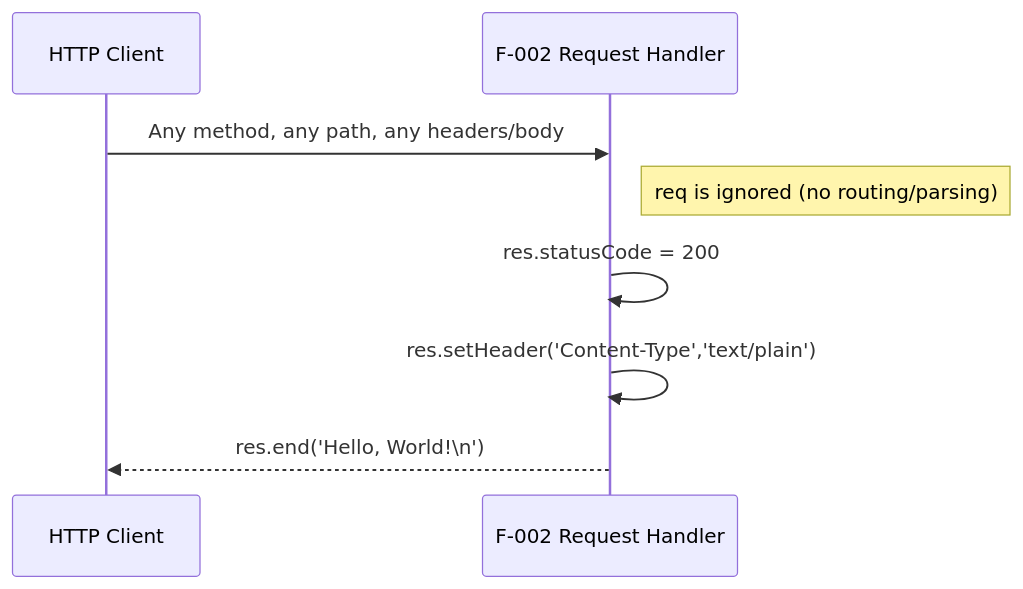
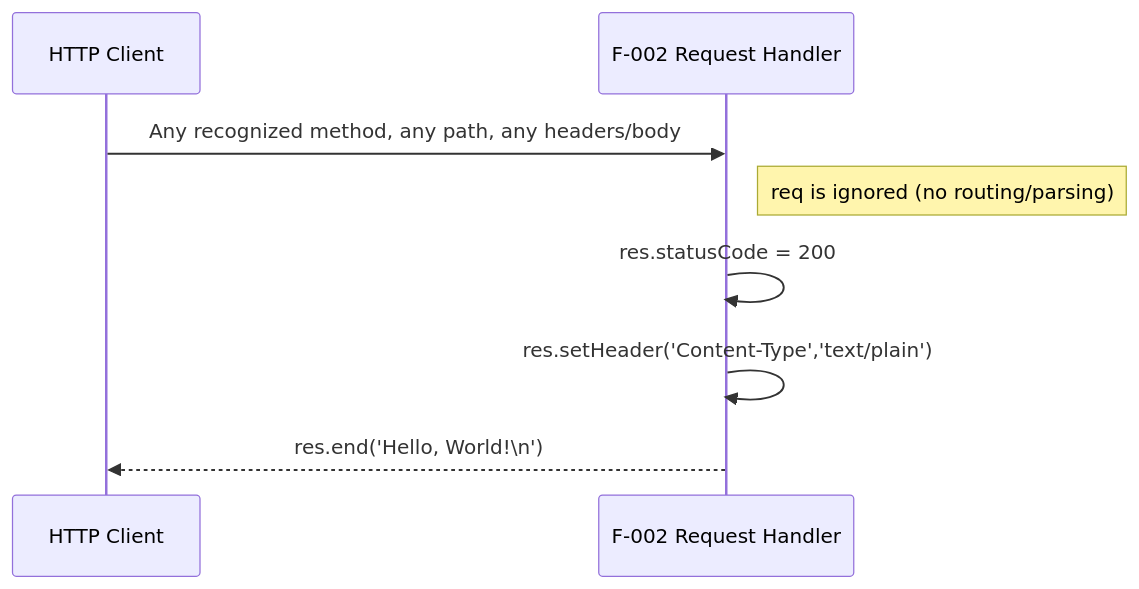
The third of 3 diagrams in docs/architecture.md (ajitblitzy/Ajit_GH_Repo-12-Mar-26), drawn with Mermaid before and after one commit. The commit also changed other lines of this file and 2 other files, not shown here.

````diff
--- a/docs/architecture.md
+++ b/docs/architecture.md
@@ -61,10 +61,10 @@
 ```mermaid
 sequenceDiagram
     participant C as HTTP Client
     participant S as F-002 Request Handler
-    C->>S: Any method, any path, any headers/body
+    C->>S: Any recognized method, any path, any headers/body
     Note right of S: req is ignored (no routing/parsing)
     S->>S: res.statusCode = 200
     S->>S: res.setHeader('Content-Type','text/plain')
     S-->>C: res.end('Hello, World!\n')
 ```
````
